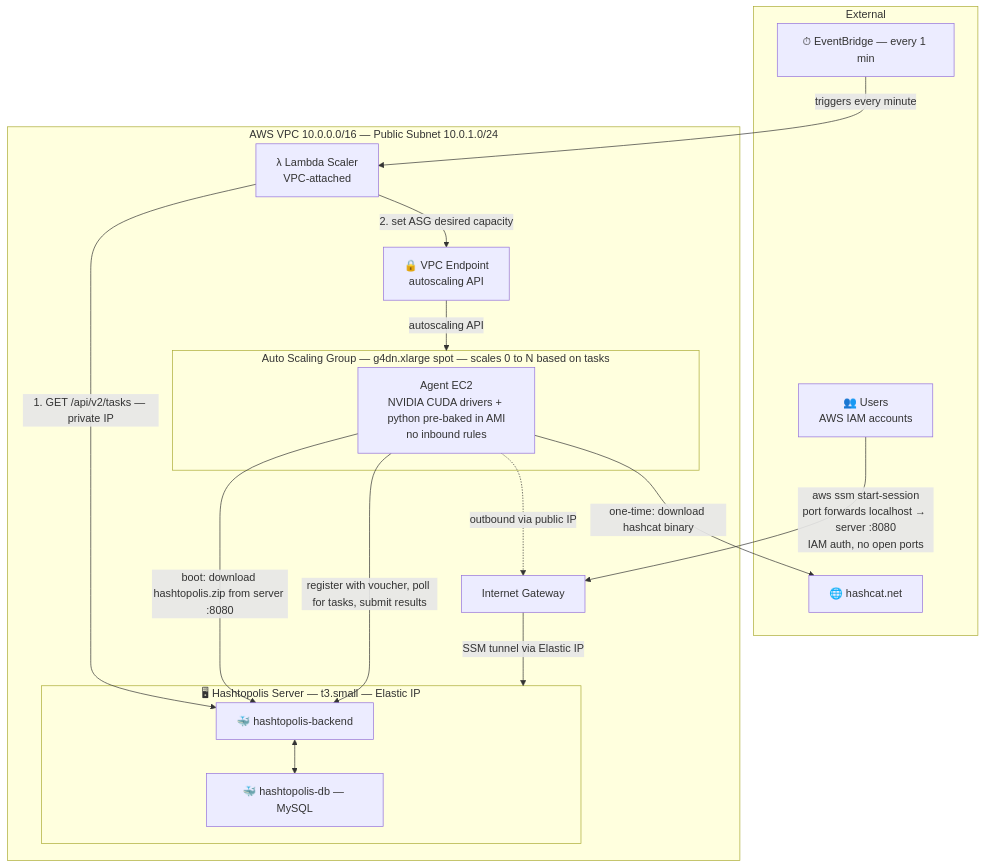
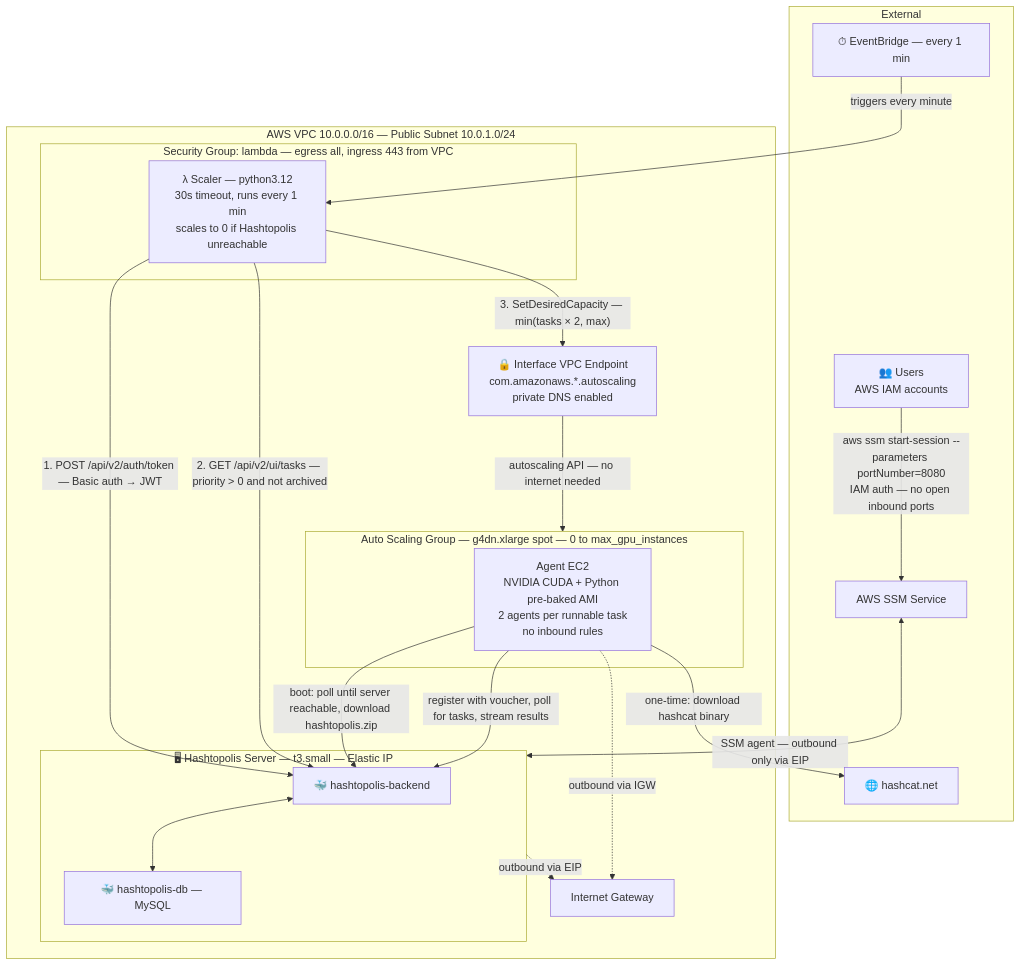
The diagram in architecture.md (jacknelson2351/aws-hashtopolis-cf), drawn with Mermaid before and after one commit. The commit also changed 1 other file, not shown here.

Commit message:
diagram update

````diff
--- a/architecture.md
+++ b/architecture.md
@@ -1,38 +1,44 @@
 ```mermaid
 graph TB
     subgraph EXT["External"]
         Users["👥 Users<br/>AWS IAM accounts"]
         HashcatNet["🌐 hashcat.net"]
         EventBridge["⏱ EventBridge — every 1 min"]
+        SSMService["AWS SSM Service"]
     end
 
     subgraph VPC["AWS VPC 10.0.0.0/16 — Public Subnet 10.0.1.0/24"]
         IGW["Internet Gateway"]
 
         subgraph ServerEC2["🖥 Hashtopolis Server — t3.small — Elastic IP"]
             Backend["🐳 hashtopolis-backend"]
             DB["🐳 hashtopolis-db — MySQL"]
             Backend <--> DB
         end
 
-        subgraph ASG["Auto Scaling Group — g4dn.xlarge spot — scales 0 to N based on tasks"]
-            Agent["Agent EC2<br/>NVIDIA CUDA drivers + python pre-baked in AMI<br/>no inbound rules"]
+        subgraph ASG["Auto Scaling Group — g4dn.xlarge spot — 0 to max_gpu_instances"]
+            Agent["Agent EC2<br/>NVIDIA CUDA + Python pre-baked AMI<br/>2 agents per runnable task<br/>no inbound rules"]
         end
 
-        Lambda["λ Lambda Scaler<br/>VPC-attached"]
-        Endpoint["🔒 VPC Endpoint<br/>autoscaling API"]
+        subgraph LambdaSG["Security Group: lambda — egress all, ingress 443 from VPC"]
+            Lambda["λ Scaler — python3.12<br/>30s timeout, runs every 1 min<br/>scales to 0 if Hashtopolis unreachable"]
+        end
+
+        Endpoint["🔒 Interface VPC Endpoint<br/>com.amazonaws.*.autoscaling<br/>private DNS enabled"]
     end
 
-    Users -->|"aws ssm start-session<br/>port forwards localhost → server :8080<br/>IAM auth, no open ports"| IGW
-    IGW -->|"SSM tunnel via Elastic IP"| ServerEC2
+    Users -->|"aws ssm start-session --parameters portNumber=8080<br/>IAM auth — no open inbound ports"| SSMService
+    SSMService <-->|"SSM agent — outbound only via EIP"| ServerEC2
 
     EventBridge -->|"triggers every minute"| Lambda
-    Lambda -->|"1. GET /api/v2/tasks — private IP"| Backend
-    Lambda -->|"2. set ASG desired capacity"| Endpoint
-    Endpoint -->|"autoscaling API"| ASG
+    Lambda -->|"1. POST /api/v2/auth/token — Basic auth → JWT"| Backend
+    Lambda -->|"2. GET /api/v2/ui/tasks — priority > 0 and not archived"| Backend
+    Lambda -->|"3. SetDesiredCapacity — min(tasks × 2, max)"| Endpoint
+    Endpoint -->|"autoscaling API — no internet needed"| ASG
 
-    Agent -->|"boot: download hashtopolis.zip from server :8080"| Backend
-    Agent -->|"register with voucher, poll for tasks, submit results"| Backend
+    Agent -->|"boot: poll until server reachable, download hashtopolis.zip"| Backend
+    Agent -->|"register with voucher, poll for tasks, stream results"| Backend
     Agent -->|"one-time: download hashcat binary"| HashcatNet
-    Agent -.->|"outbound via public IP"| IGW
+    Agent -.->|"outbound via IGW"| IGW
+    ServerEC2 -.->|"outbound via EIP"| IGW
 ```
````
